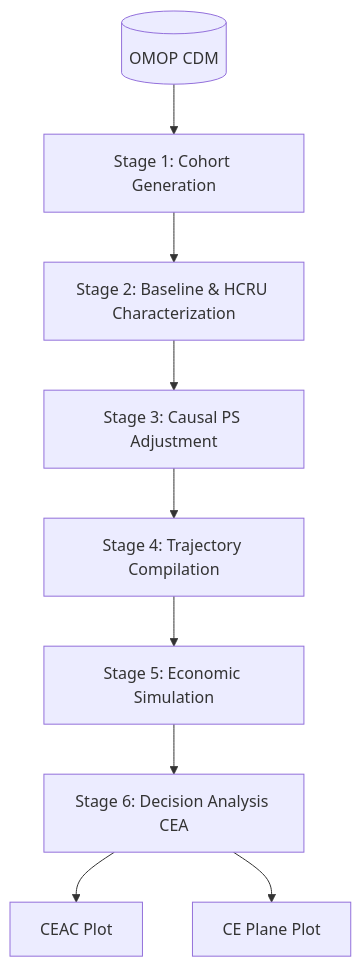
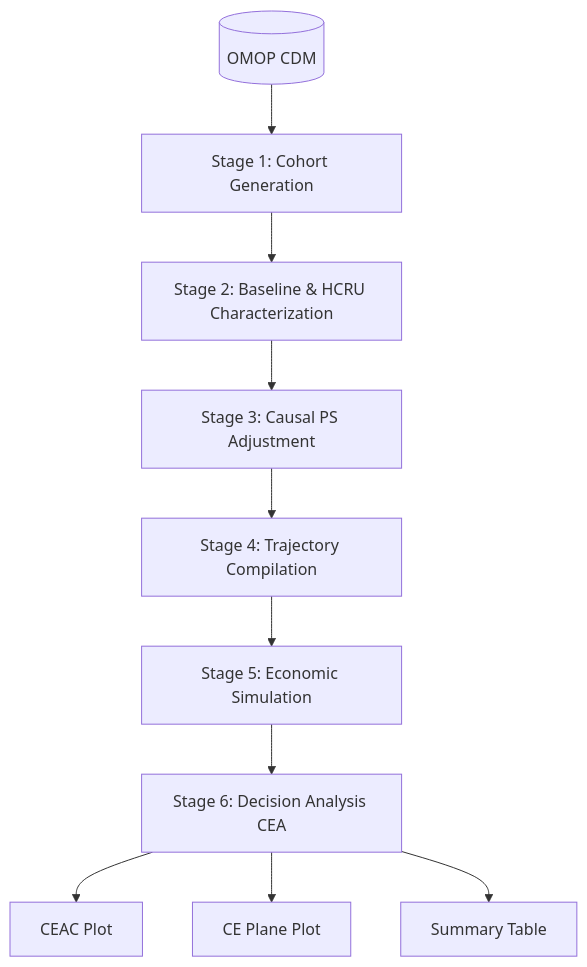
Before and after one commit to iomedhealth/hermes: the diagram in README.md, drawn with Mermaid. The commit also changed other lines of this file and 5 other files, not shown here.

````diff
--- a/README.md
+++ b/README.md
@@ -64,12 +125,13 @@
 ```mermaid
 graph TD
     A[(OMOP CDM)] --> S1[Stage 1: Cohort Generation]
     S1 --> S2[Stage 2: Baseline & HCRU Characterization]
     S2 --> S3[Stage 3: Causal PS Adjustment]
     S3 --> S4[Stage 4: Trajectory Compilation]
     S4 --> S5[Stage 5: Economic Simulation]
     S5 --> S6[Stage 6: Decision Analysis CEA]
     
     S6 --> P1[CEAC Plot]
     S6 --> P2[CE Plane Plot]
+    S6 --> P3[Summary Table]
 ```
````
